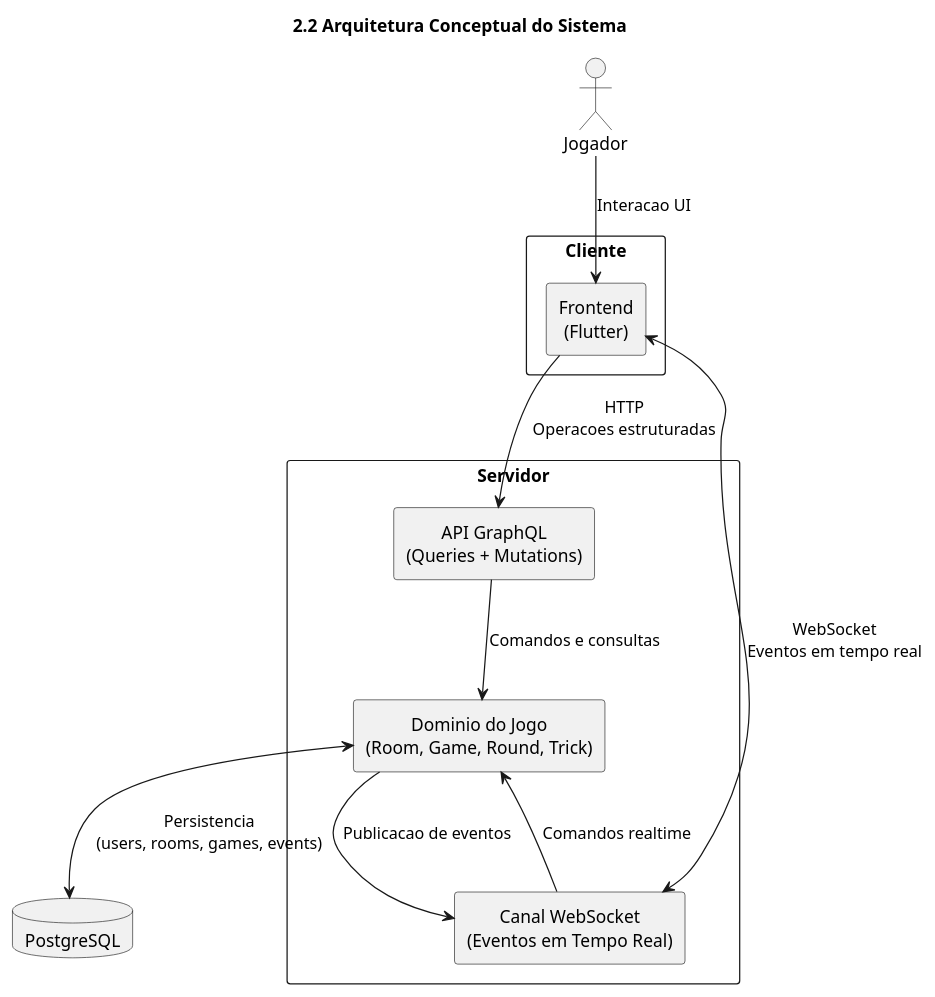
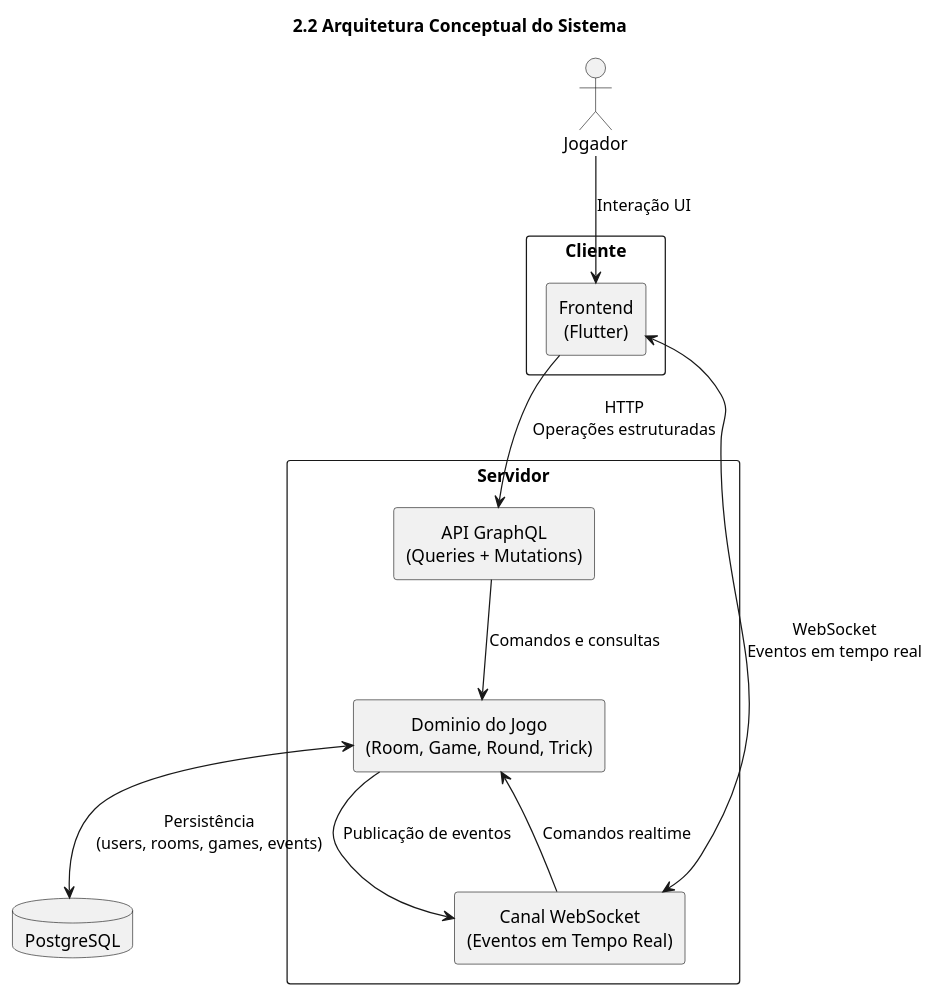
Before and after one commit to DuarteMSousa/PEDWM_TP1: the diagram in DocumentacaoV2/DiagramaArquiteturaConceptual.puml, drawn with PlantUML.

```diff
--- a/DocumentacaoV2/DiagramaArquiteturaConceptual.puml
+++ b/DocumentacaoV2/DiagramaArquiteturaConceptual.puml
@@ -1,34 +1,34 @@
 @startuml
 title 2.2 Arquitetura Conceptual do Sistema
 
 skinparam shadowing false
 skinparam componentStyle rectangle
 skinparam packageStyle rectangle
 skinparam defaultTextAlignment center
 
 actor "Jogador" as Player
 
 package "Cliente" {
   component "Frontend\n(Flutter)" as FE
 }
 
 package "Servidor" {
   component "API GraphQL\n(Queries + Mutations)" as GQL
   component "Canal WebSocket\n(Eventos em Tempo Real)" as WS
   component "Dominio do Jogo\n(Room, Game, Round, Trick)" as Domain
 }
 
 database "PostgreSQL" as DB
 
-Player --> FE : Interacao UI
+Player --> FE : Interação UI
 
-FE --> GQL : HTTP\nOperacoes estruturadas
+FE --> GQL : HTTP\nOperações estruturadas
 FE <--> WS : WebSocket\nEventos em tempo real
 
 GQL --> Domain : Comandos e consultas
 WS --> Domain : Comandos realtime
-Domain --> WS : Publicacao de eventos
+Domain --> WS : Publicação de eventos
 
-Domain <--> DB : Persistencia\n(users, rooms, games, events)
+Domain <--> DB : Persistência\n(users, rooms, games, events)
 
 @enduml
```
